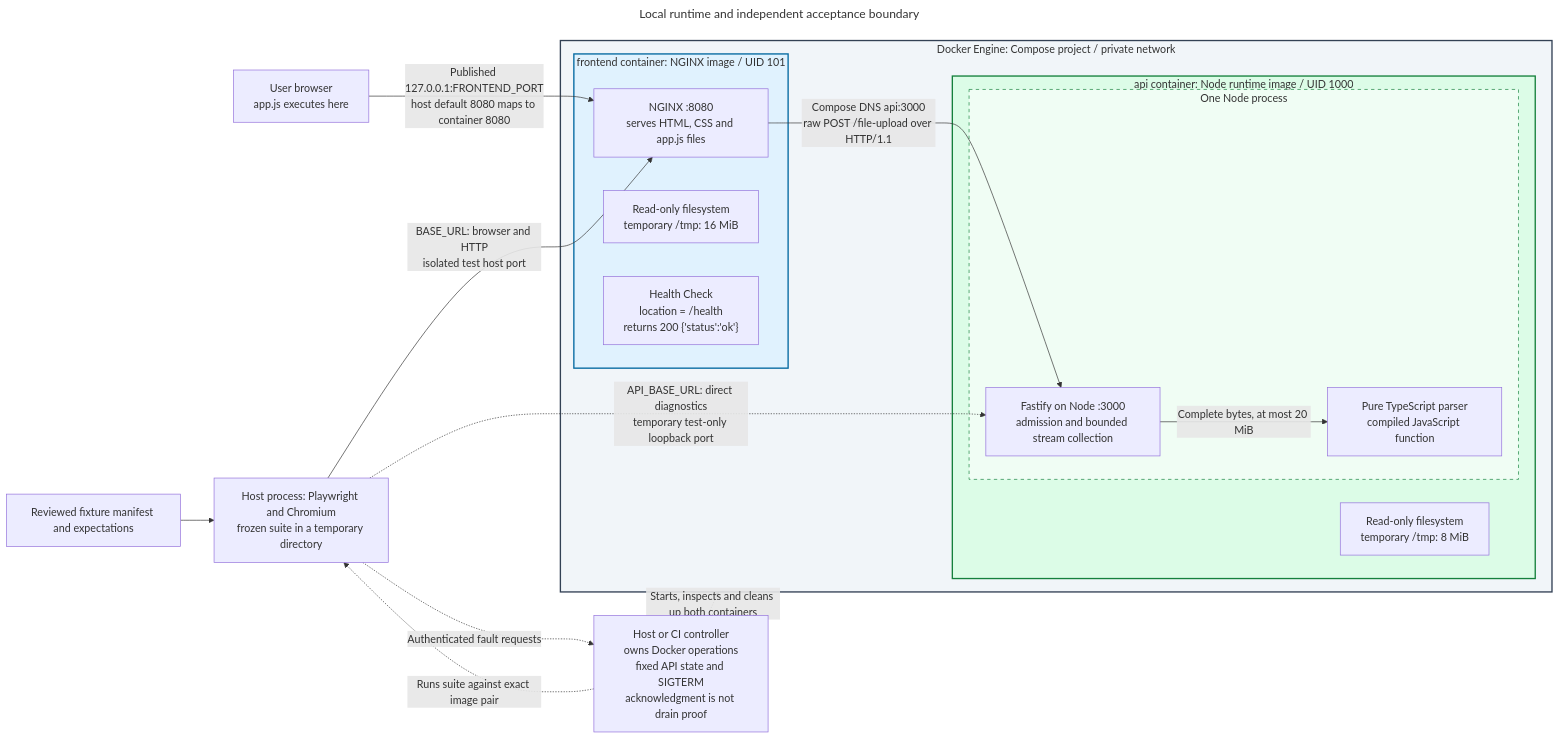
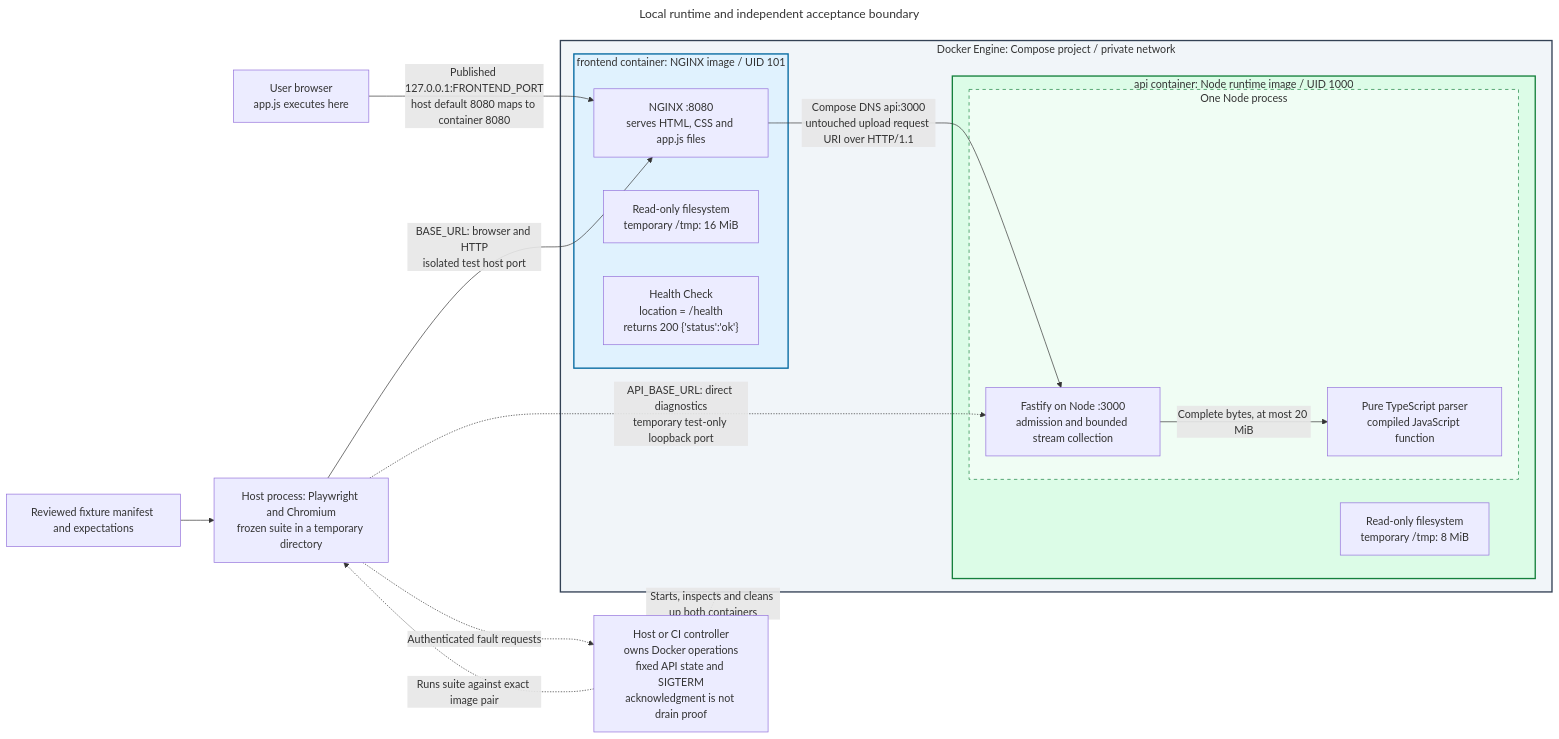
The diagram in docs/architecture/diagrams/runtime.mmd (brobro10000/mp3-frame-counter), drawn with Mermaid before and after one commit. The commit also changed 3 other files, not shown here.

```diff
--- a/docs/architecture/diagrams/runtime.mmd
+++ b/docs/architecture/diagrams/runtime.mmd
@@ -1,55 +1,55 @@
 ---
 title: Local runtime and independent acceptance boundary
 query: >-
   Show Docker wrapping exactly two independently built application images as
   Compose containers. Nest NGINX and its static assets inside the frontend
   container, and Fastify transport plus parser inside one Node process in the
   API container. Put both containers inside Docker's Compose network. Keep
   browser JavaScript, the host controller and extracted Playwright/Chromium
   runner outside Docker. Distinguish published loopback host port from internal
   frontend port 8080 and private API port 3000, with a separate test-only
   loopback binding for direct API diagnostics. Show source-defined runtime
   users, read-only filesystems, temporary mounts and bounded in-process parsing.
   Do not imply a third parser/test container, Node frontend runtime or cloud
   deployment. Keep fixed API lifecycle readback and SIGTERM inside the host
   controller; command acknowledgment does not prove graceful drain.
 references:
   - 'File: /compose.yaml'
   - 'File: /frontend/Dockerfile'
   - 'File: /frontend/nginx.conf.template'
   - 'File: /server/Dockerfile'
   - 'File: /server/src/http.ts'
   - 'File: /server/src/mp3.ts'
   - 'File: /scripts/run-e2e.mjs'
   - 'File: /scripts/e2e-controller.mjs'
-generationTime: '2026-10-11T05:57:53.958Z'
+generationTime: '2026-10-11T12:03:32.430Z'
 ---
 flowchart LR
     B["User browser<br/>app.js executes here"]
     subgraph DOCKER["Docker Engine: Compose project / private network"]
         subgraph FRONT["frontend container: NGINX image / UID 101"]
             F["NGINX :8080<br/>serves HTML, CSS and app.js files"]
             FS["Read-only filesystem<br/>temporary /tmp: 16 MiB"]
             H["Health Check<br/>location = /health<br/>returns 200 {'status':'ok'}"]
         end
         subgraph BACK["api container: Node runtime image / UID 1000"]
             subgraph NODE["One Node process"]
                 A["Fastify on Node :3000<br/>admission and bounded stream collection"]
                 P["Pure TypeScript parser<br/>compiled JavaScript function"]
                 A -->|"Complete bytes, at most 20 MiB"| P
             end
             AS["Read-only filesystem<br/>temporary /tmp: 8 MiB"]
         end
-        F -->|"Compose DNS api:3000<br/>raw POST /file-upload over HTTP/1.1"| A
+        F -->|"Compose DNS api:3000<br/>untouched upload request URI over HTTP/1.1"| A
     end
     B -->|"Published 127.0.0.1:FRONTEND_PORT<br/>host default 8080 maps to container 8080"| F
     T["Host process: Playwright and Chromium<br/>frozen suite in a temporary directory"] -->|"BASE_URL: browser and HTTP<br/>isolated test host port"| F
     T -.->|"API_BASE_URL: direct diagnostics<br/>temporary test-only loopback port"| A
     O["Reviewed fixture manifest and expectations"] --> T
     C["Host or CI controller<br/>owns Docker operations<br/>fixed API state and SIGTERM<br/>acknowledgment is not drain proof"] -.->|"Starts, inspects and cleans up both containers"| DOCKER
     C -.->|"Runs suite against exact image pair"| T
     T -.->|"Authenticated fault requests"| C
     style DOCKER fill:#f1f5f9,stroke:#334155,stroke-width:2px
     style FRONT fill:#e0f2fe,stroke:#0369a1,stroke-width:2px
     style BACK fill:#dcfce7,stroke:#15803d,stroke-width:2px
     style NODE fill:#f0fdf4,stroke:#15803d,stroke-dasharray:5 5
```
